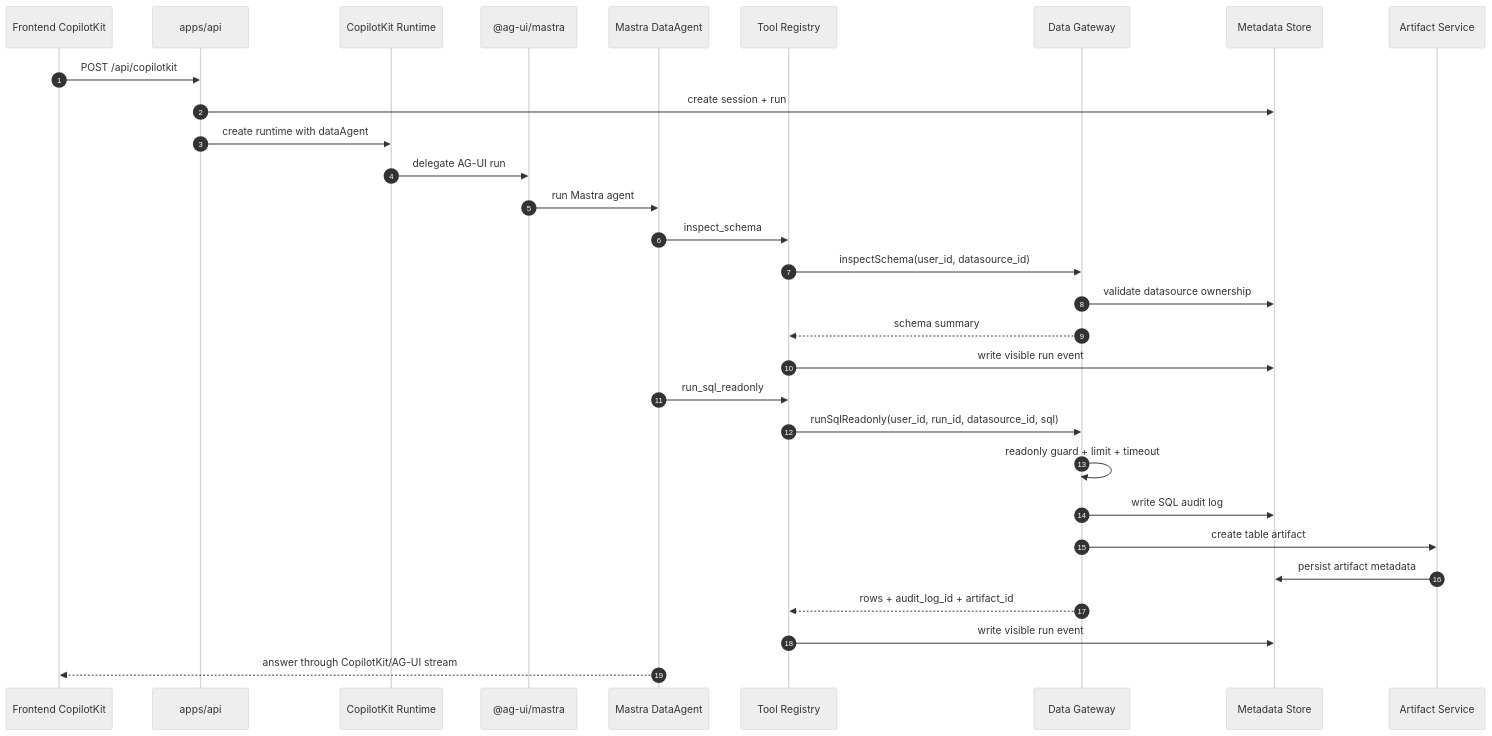
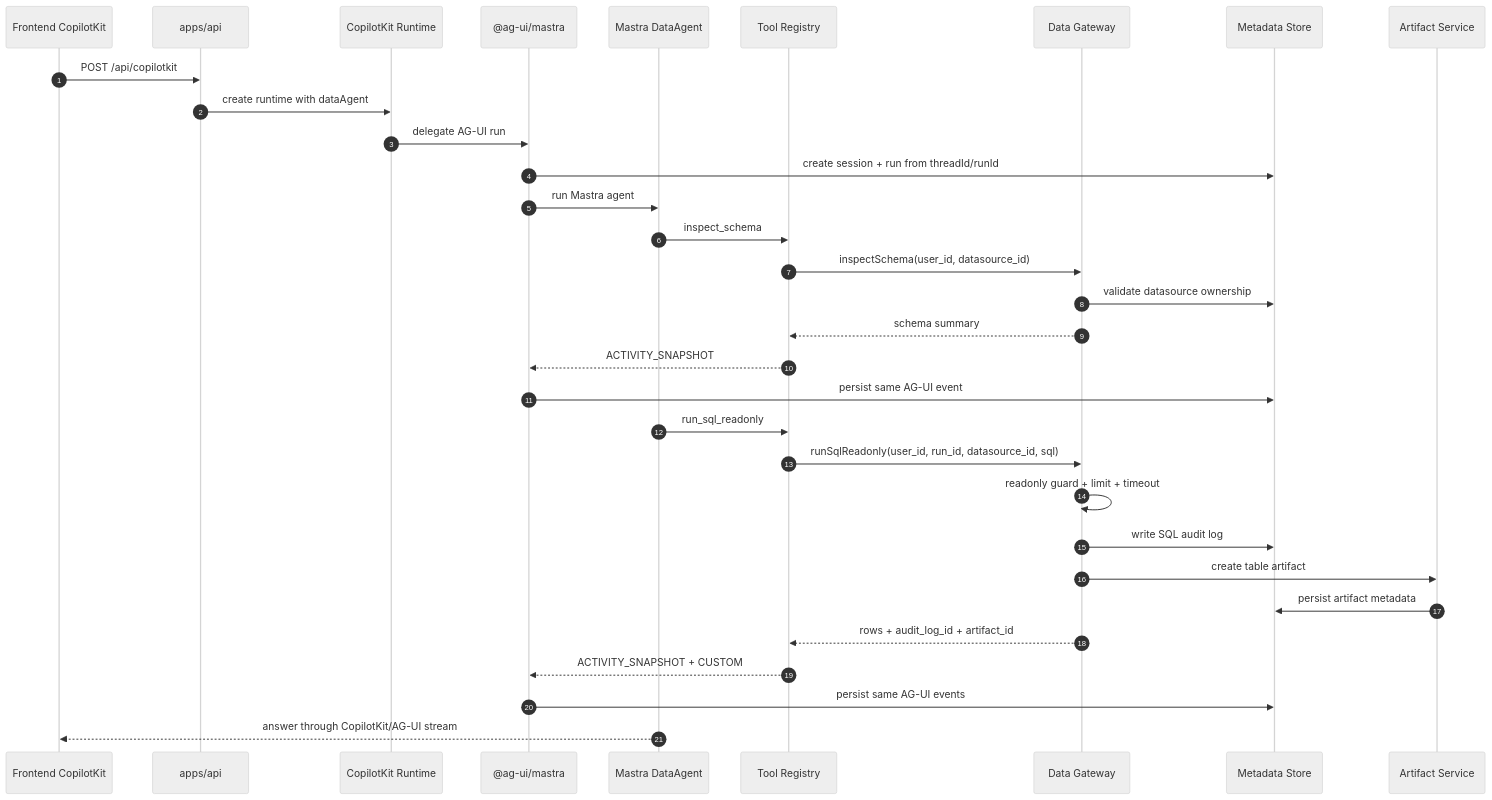
Before and after one commit to datagallery-lab/datafoundry: the diagram in docs/engineering/rd-b-agent-gateway-knowledge-architecture-plan-zh.md, drawn with Mermaid (neutral theme). The commit also changed other lines of this file and 26 other files, not shown here.

First line of the commit message:
feat: add smoke tests for API context and enhance event handling

````diff
--- a/docs/engineering/rd-b-agent-gateway-knowledge-architecture-plan-zh.md
+++ b/docs/engineering/rd-b-agent-gateway-knowledge-architecture-plan-zh.md
@@ -76,33 +84,35 @@
 ```mermaid
 sequenceDiagram
   autonumber
   participant FE as Frontend CopilotKit
   participant API as apps/api
   participant CK as CopilotKit Runtime
   participant AG as @ag-ui/mastra
   participant Agent as Mastra DataAgent
   participant Tools as Tool Registry
   participant DG as Data Gateway
   participant Meta as Metadata Store
   participant Art as Artifact Service
 
   FE->>API: POST /api/copilotkit
-  API->>Meta: create session + run
   API->>CK: create runtime with dataAgent
   CK->>AG: delegate AG-UI run
+  AG->>Meta: create session + run from threadId/runId
   AG->>Agent: run Mastra agent
   Agent->>Tools: inspect_schema
   Tools->>DG: inspectSchema(user_id, datasource_id)
   DG->>Meta: validate datasource ownership
   DG-->>Tools: schema summary
-  Tools->>Meta: write visible run event
+  Tools-->>AG: ACTIVITY_SNAPSHOT
+  AG->>Meta: persist same AG-UI event
   Agent->>Tools: run_sql_readonly
   Tools->>DG: runSqlReadonly(user_id, run_id, datasource_id, sql)
   DG->>DG: readonly guard + limit + timeout
   DG->>Meta: write SQL audit log
   DG->>Art: create table artifact
   Art->>Meta: persist artifact metadata
   DG-->>Tools: rows + audit_log_id + artifact_id
-  Tools->>Meta: write visible run event
+  Tools-->>AG: ACTIVITY_SNAPSHOT + CUSTOM
+  AG->>Meta: persist same AG-UI events
   Agent-->>FE: answer through CopilotKit/AG-UI stream
 ```
````
